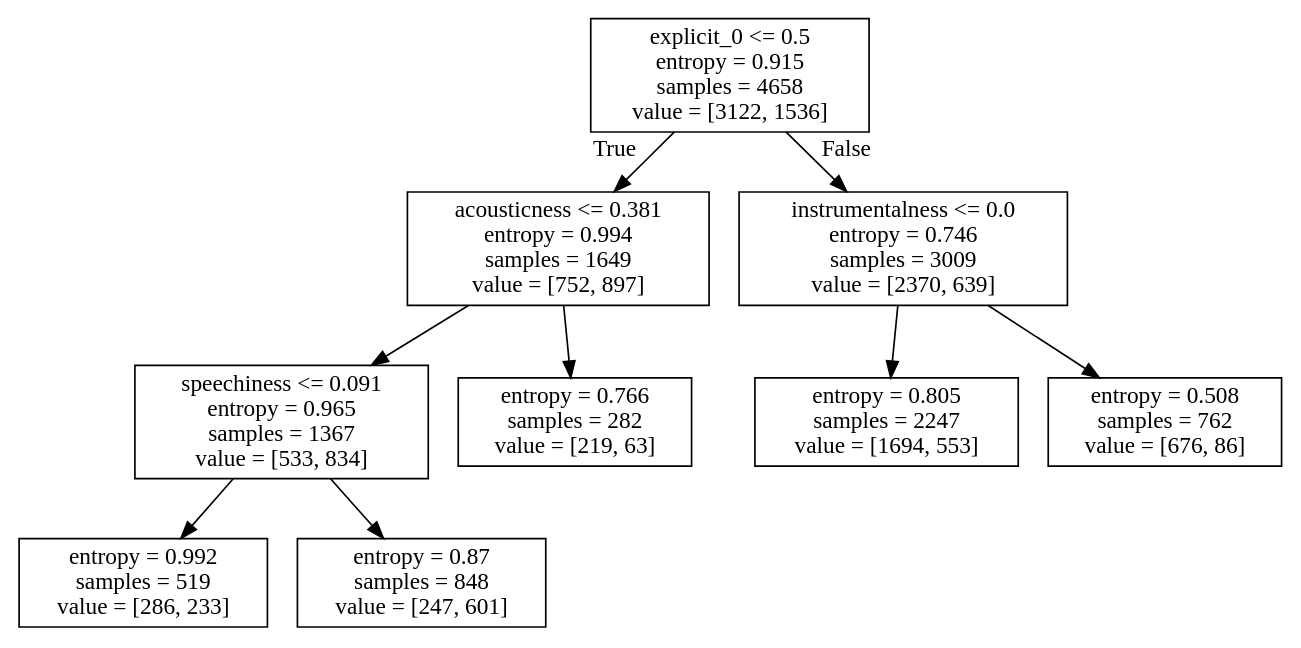
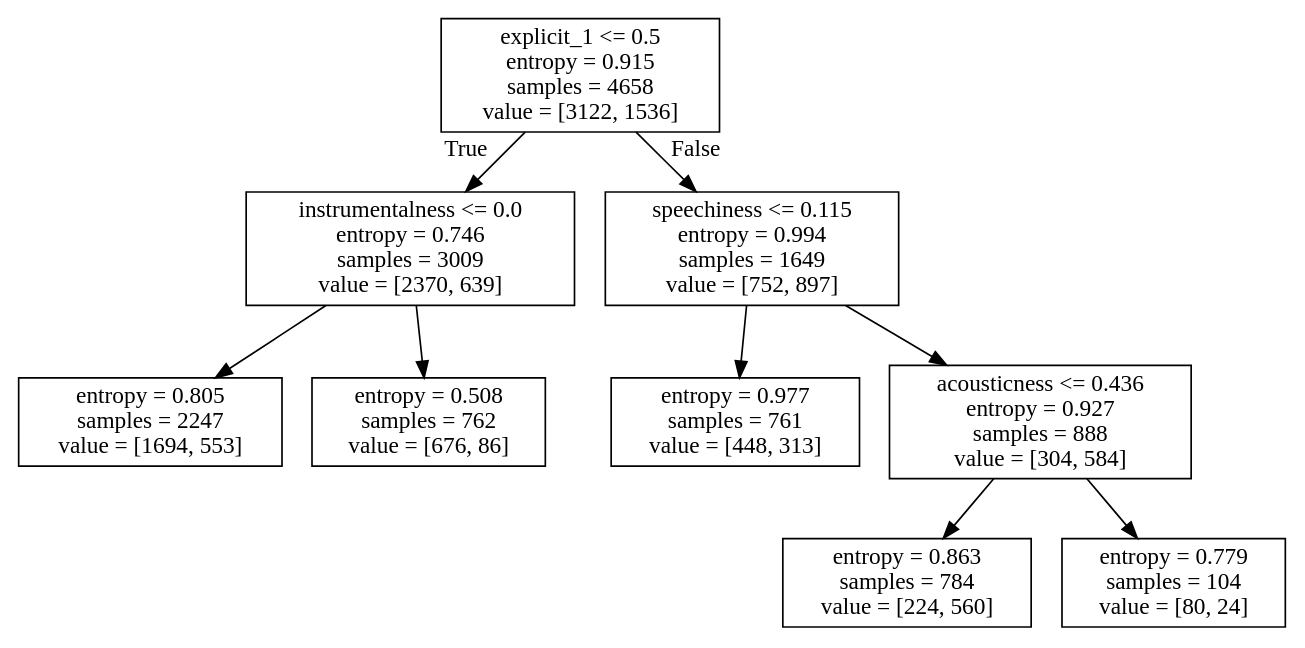
One commit to CrystalCo/audio_features_popularity_classifiers changed the diagram in rnb_DT.dot. Above: the diagram before and after it, drawn with Graphviz. The commit also changed 14 other files, not shown here.

```diff
--- a/rnb_DT.dot
+++ b/rnb_DT.dot
@@ -1,20 +1,20 @@
 digraph Tree {
 node [shape=box] ;
-0 [label="explicit_0 <= 0.5\nentropy = 0.915\nsamples = 4658\nvalue = [3122, 1536]"] ;
-1 [label="acousticness <= 0.381\nentropy = 0.994\nsamples = 1649\nvalue = [752, 897]"] ;
+0 [label="explicit_1 <= 0.5\nentropy = 0.915\nsamples = 4658\nvalue = [3122, 1536]"] ;
+1 [label="instrumentalness <= 0.0\nentropy = 0.746\nsamples = 3009\nvalue = [2370, 639]"] ;
 0 -> 1 [labeldistance=2.5, labelangle=45, headlabel="True"] ;
-2 [label="speechiness <= 0.091\nentropy = 0.965\nsamples = 1367\nvalue = [533, 834]"] ;
+2 [label="entropy = 0.805\nsamples = 2247\nvalue = [1694, 553]"] ;
 1 -> 2 ;
-3 [label="entropy = 0.992\nsamples = 519\nvalue = [286, 233]"] ;
-2 -> 3 ;
-4 [label="entropy = 0.87\nsamples = 848\nvalue = [247, 601]"] ;
-2 -> 4 ;
-5 [label="entropy = 0.766\nsamples = 282\nvalue = [219, 63]"] ;
-1 -> 5 ;
-6 [label="instrumentalness <= 0.0\nentropy = 0.746\nsamples = 3009\nvalue = [2370, 639]"] ;
-0 -> 6 [labeldistance=2.5, labelangle=-45, headlabel="False"] ;
-7 [label="entropy = 0.805\nsamples = 2247\nvalue = [1694, 553]"] ;
+3 [label="entropy = 0.508\nsamples = 762\nvalue = [676, 86]"] ;
+1 -> 3 ;
+4 [label="speechiness <= 0.115\nentropy = 0.994\nsamples = 1649\nvalue = [752, 897]"] ;
+0 -> 4 [labeldistance=2.5, labelangle=-45, headlabel="False"] ;
+5 [label="entropy = 0.977\nsamples = 761\nvalue = [448, 313]"] ;
+4 -> 5 ;
+6 [label="acousticness <= 0.436\nentropy = 0.927\nsamples = 888\nvalue = [304, 584]"] ;
+4 -> 6 ;
+7 [label="entropy = 0.863\nsamples = 784\nvalue = [224, 560]"] ;
 6 -> 7 ;
-8 [label="entropy = 0.508\nsamples = 762\nvalue = [676, 86]"] ;
+8 [label="entropy = 0.779\nsamples = 104\nvalue = [80, 24]"] ;
 6 -> 8 ;
 }
```
